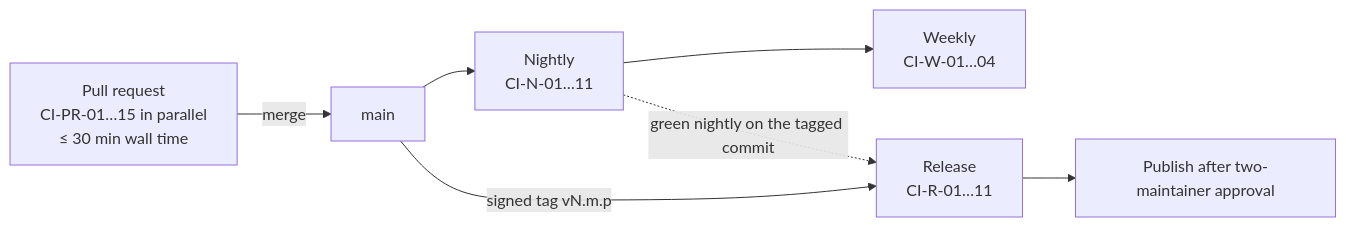
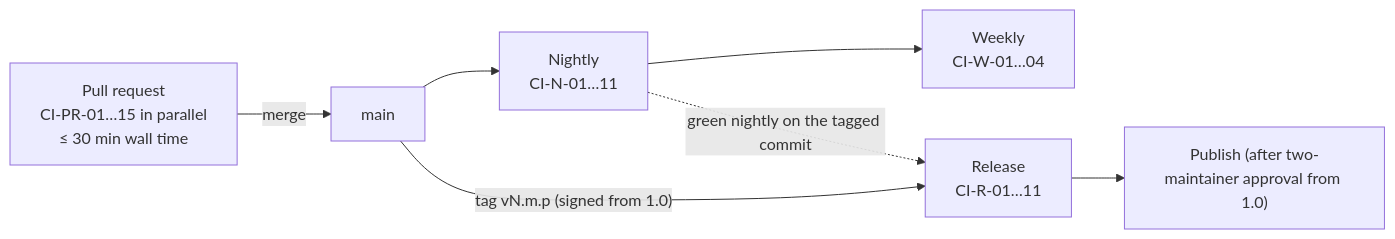
One commit to Ironkode787/ElektraWatt changed the second of 4 diagrams in docs/design/18-quality-security-release.md. Above: the diagram before and after it, drawn with Mermaid. The commit also changed other lines of this file and 2 other files, not shown here.

First line of the commit message:
docs(design): state the pilot release 0.1.0's scope in docs 16, 18 and 19

````diff
--- a/docs/design/18-quality-security-release.md
+++ b/docs/design/18-quality-security-release.md
@@ -1093,9 +1093,9 @@
 ```mermaid
 flowchart LR
   PR["Pull request<br/>CI-PR-01…15 in parallel<br/>≤ 30 min wall time"] -->|merge| MAIN[main]
   MAIN --> N["Nightly<br/>CI-N-01…11"]
   N --> W["Weekly<br/>CI-W-01…04"]
-  MAIN -->|"signed tag vN.m.p"| R["Release<br/>CI-R-01…11"]
+  MAIN -->|"tag vN.m.p (signed from 1.0)"| R["Release<br/>CI-R-01…11"]
   N -.->|"green nightly on the tagged commit"| R
-  R --> PUB["Publish after two-maintainer approval"]
+  R --> PUB["Publish (after two-maintainer approval from 1.0)"]
 ```
````
